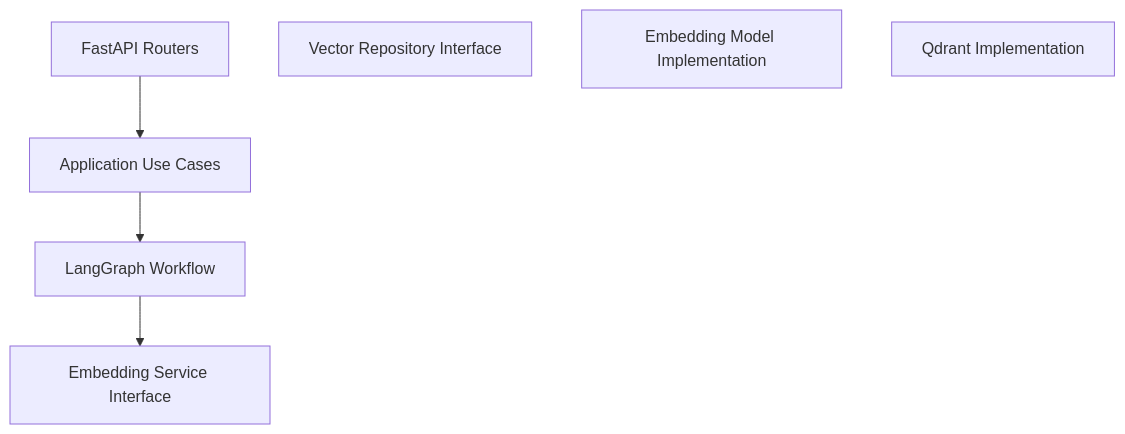
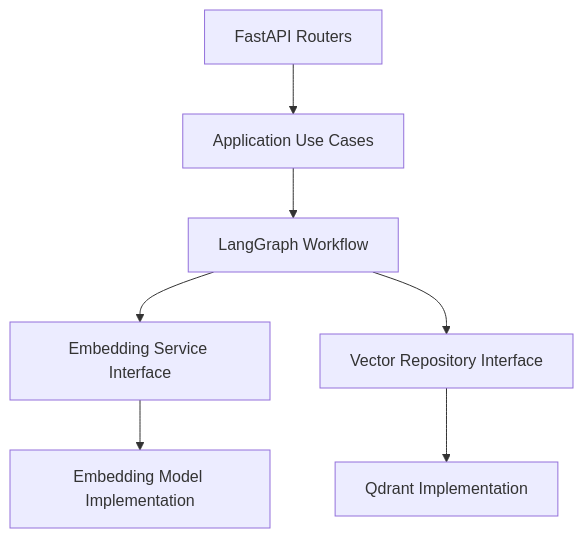
Before and after one commit to sholikun32/messy-langgraph-qdrant: the diagram in diagrams/architecture.md, drawn with Mermaid.

Commit message:
Update architecture diagram with new relationships
Added new relationships in architecture diagram and removed outdated references.

````diff
--- a/diagrams/architecture.md
+++ b/diagrams/architecture.md
@@ -43,16 +43,21 @@
 ```mermaid
 graph TD
     API[FastAPI Routers]
     UC[Application Use Cases]
     WF[LangGraph Workflow]
 
     ES[Embedding Service Interface]
     VR[Vector Repository Interface]
 
     EMB[Embedding Model Implementation]
     QD[Qdrant Implementation]
 
     API --> UC
     UC --> WF
     WF --> ES
+    WF --> VR
+
+    ES --> EMB
+    VR --> QD
+
 ```
````
